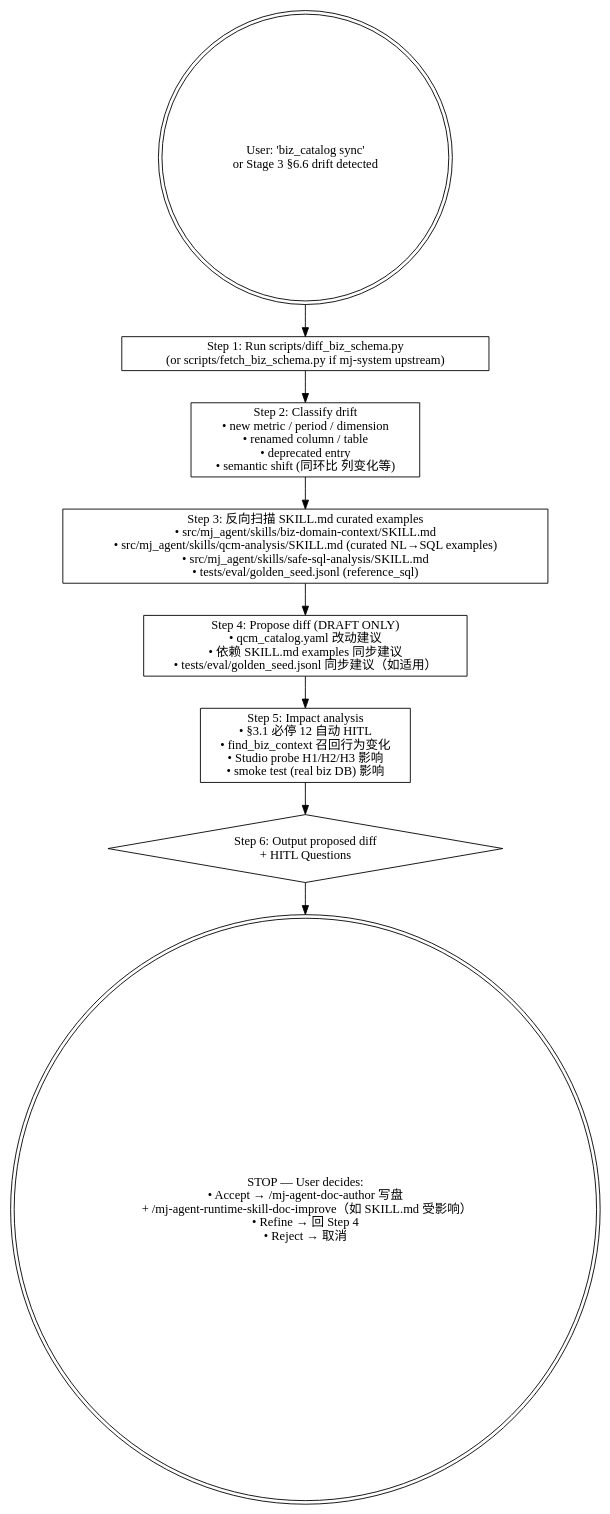
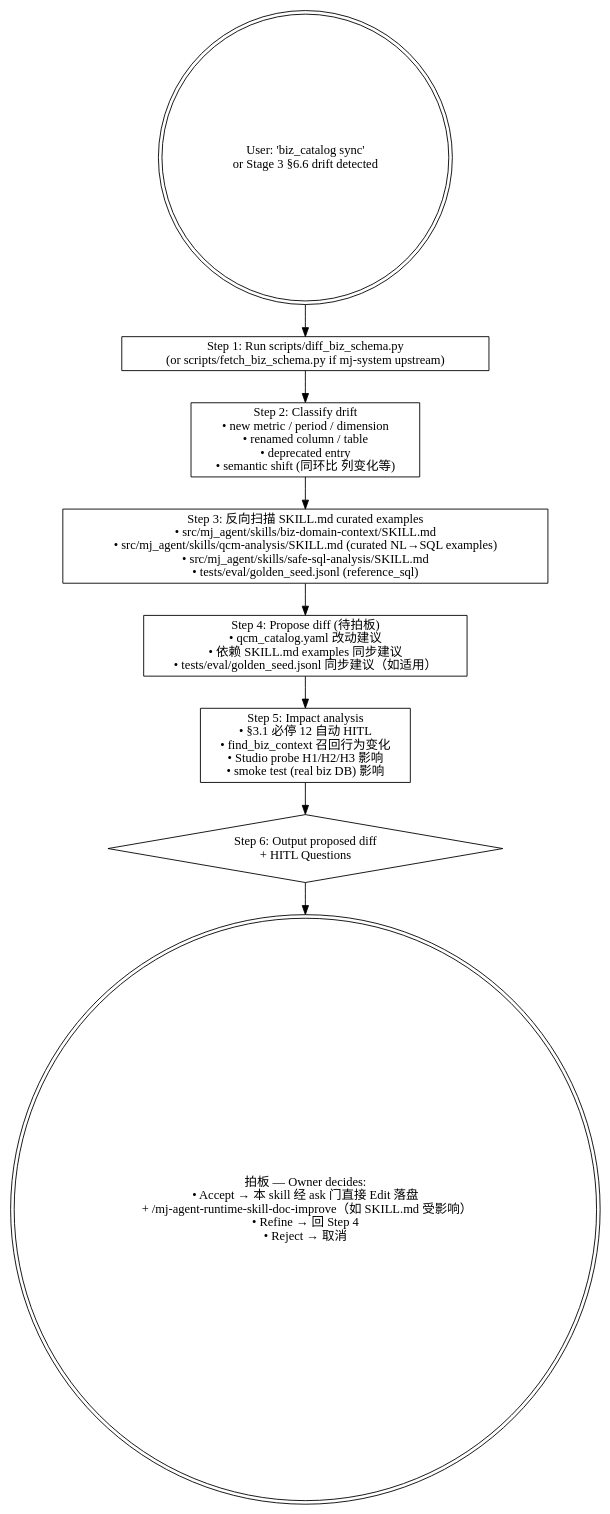
One commit to MJ-AgentLab/mj-agent changed the diagram in .claude/skills/mj-agent-runtime-biz-catalog-sync/SKILL.md. Above: the diagram before and after it, drawn with Graphviz. The commit also changed other lines of this file and 20 other files, not shown here.

First line of the commit message:
docs: HITL propose→拍板→apply model + deny→ask (ADR-034)

````diff
--- a/.claude/skills/mj-agent-runtime-biz-catalog-sync/SKILL.md
+++ b/.claude/skills/mj-agent-runtime-biz-catalog-sync/SKILL.md
@@ -45,22 +45,22 @@
 ```dot
 digraph sync {
   rankdir=TB;
   start [label="User: 'biz_catalog sync'\nor Stage 3 §6.6 drift detected" shape=doublecircle];
 
   s1 [label="Step 1: Run scripts/diff_biz_schema.py\n(or scripts/fetch_biz_schema.py if mj-system upstream)" shape=box];
 
   s2 [label="Step 2: Classify drift\n• new metric / period / dimension\n• renamed column / table\n• deprecated entry\n• semantic shift (同环比 列变化等)" shape=box];
 
   s3 [label="Step 3: 反向扫描 SKILL.md curated examples\n• src/mj_agent/skills/biz-domain-context/SKILL.md\n• src/mj_agent/skills/qcm-analysis/SKILL.md (curated NL→SQL examples)\n• src/mj_agent/skills/safe-sql-analysis/SKILL.md\n• tests/eval/golden_seed.jsonl (reference_sql)" shape=box];
 
-  s4 [label="Step 4: Propose diff (DRAFT ONLY)\n• qcm_catalog.yaml 改动建议\n• 依赖 SKILL.md examples 同步建议\n• tests/eval/golden_seed.jsonl 同步建议（如适用）" shape=box];
+  s4 [label="Step 4: Propose diff (待拍板)\n• qcm_catalog.yaml 改动建议\n• 依赖 SKILL.md examples 同步建议\n• tests/eval/golden_seed.jsonl 同步建议（如适用）" shape=box];
 
   s5 [label="Step 5: Impact analysis\n• §3.1 必停 12 自动 HITL\n• find_biz_context 召回行为变化\n• Studio probe H1/H2/H3 影响\n• smoke test (real biz DB) 影响" shape=box];
 
   s6 [label="Step 6: Output proposed diff\n+ HITL Questions" shape=diamond];
 
-  hitl [label="STOP — User decides:\n• Accept → /mj-agent-doc-author 写盘\n  + /mj-agent-runtime-skill-doc-improve（如 SKILL.md 受影响）\n• Refine → 回 Step 4\n• Reject → 取消" shape=doublecircle];
+  hitl [label="拍板 — Owner decides:\n• Accept → 本 skill 经 ask 门直接 Edit 落盘\n  + /mj-agent-runtime-skill-doc-improve（如 SKILL.md 受影响）\n• Refine → 回 Step 4\n• Reject → 取消" shape=doublecircle];
 
   start -> s1 -> s2 -> s3 -> s4 -> s5 -> s6 -> hitl;
 }
 ```
````
